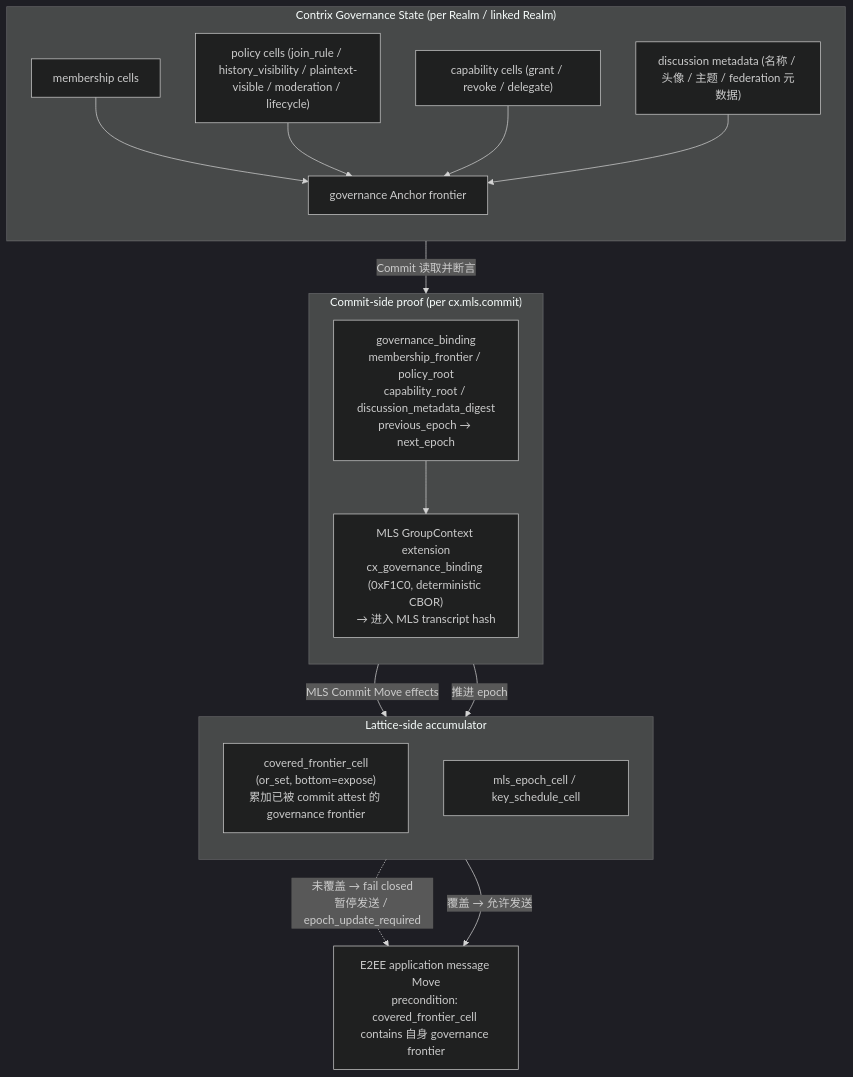
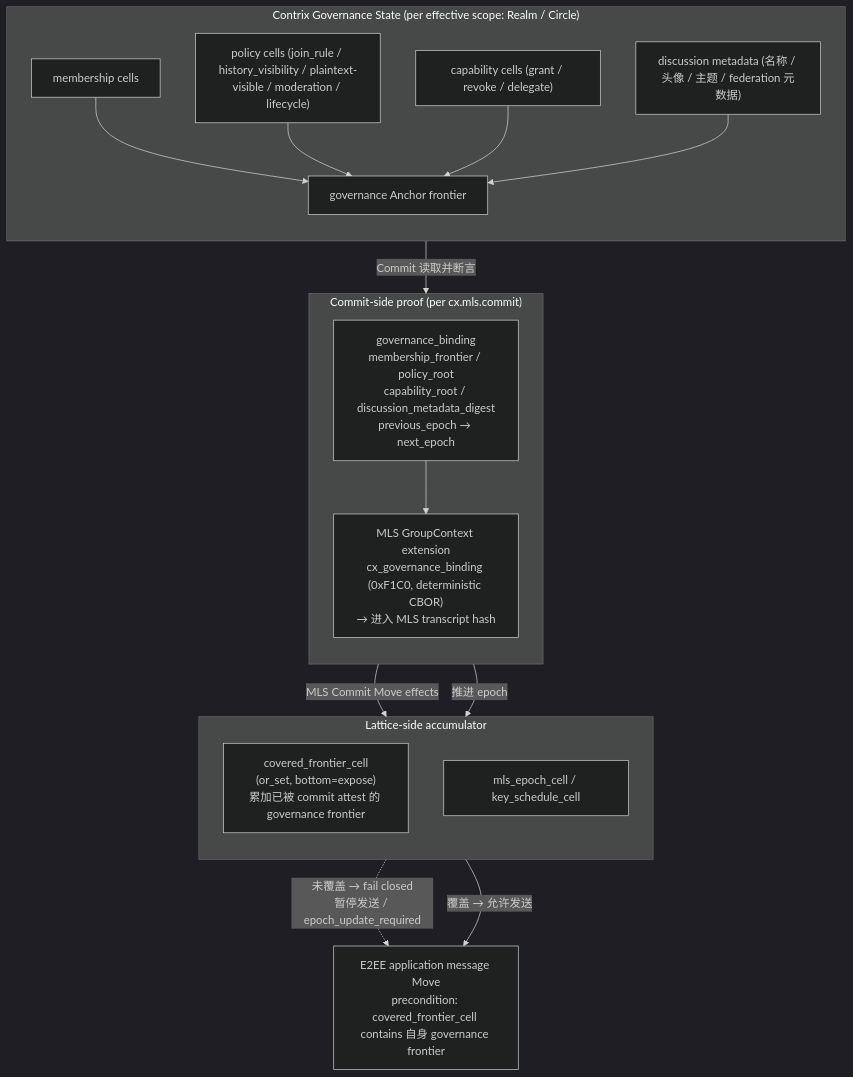
The second of 2 diagrams in spec/v1/zh/crypto-media/encryption-and-audit.md (arkret-org/arkret-spec), drawn with Mermaid (dark theme) before and after one commit. The commit also changed other lines of this file and 45 other files, not shown here.

````diff
--- a/spec/v1/zh/crypto-media/encryption-and-audit.md
+++ b/spec/v1/zh/crypto-media/encryption-and-audit.md
@@ -331,36 +331,36 @@
 ```mermaid
 flowchart TB
-    subgraph GS ["Contrix Governance State (per Realm / linked Realm)"]
+    subgraph GS ["Contrix Governance State (per effective scope: Realm / Circle)"]
         direction TB
         Memb["membership cells"]
         Pol["policy cells (join_rule / history_visibility / plaintext-visible / moderation / lifecycle)"]
         Cap["capability cells (grant / revoke / delegate)"]
         Disc["discussion metadata (名称 / 头像 / 主题 / federation 元数据)"]
         Anc["governance Anchor frontier"]
         Memb --> Anc
         Pol --> Anc
         Cap --> Anc
         Disc --> Anc
     end
 
     subgraph CS ["Commit-side proof (per cx.mls.commit)"]
         direction TB
         GB["governance_binding<br/>membership_frontier / policy_root<br/>capability_root / discussion_metadata_digest<br/>previous_epoch → next_epoch"]
         Trans["MLS GroupContext extension<br/>cx_governance_binding (0xF1C0, deterministic CBOR)<br/>→ 进入 MLS transcript hash"]
         GB --> Trans
     end
 
     subgraph LS ["Lattice-side accumulator"]
         direction TB
         CFC["covered_frontier_cell<br/>(or_set, bottom=expose)<br/>累加已被 commit attest 的 governance frontier"]
         EpC["mls_epoch_cell / key_schedule_cell"]
     end
 
     Anc -- "Commit 读取并断言" --> GB
     GB -- "MLS Commit Move effects" --> CFC
     GB -- "推进 epoch" --> EpC
 
     Msg["E2EE application message Move<br/>precondition: covered_frontier_cell contains 自身 governance frontier"]
     CFC -. "未覆盖 → fail closed<br/>暂停发送 / epoch_update_required" .-> Msg
     CFC -- "覆盖 → 允许发送" --> Msg
 ```
````
